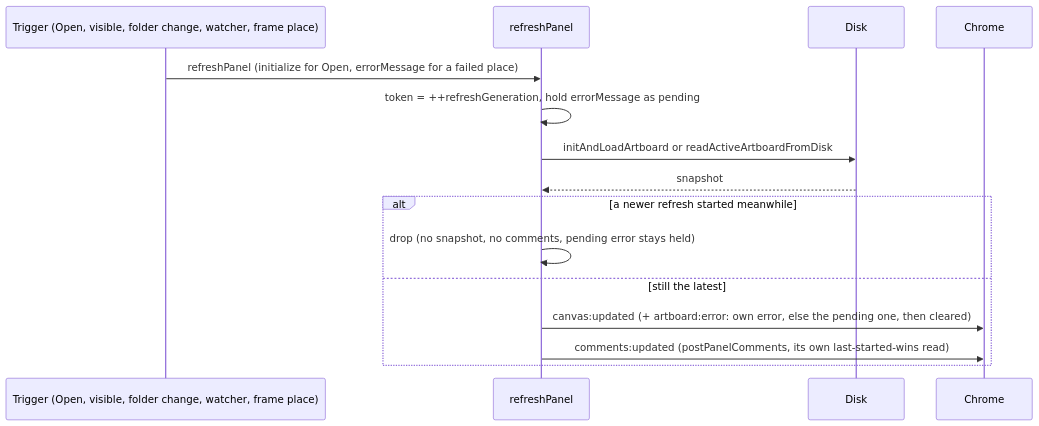
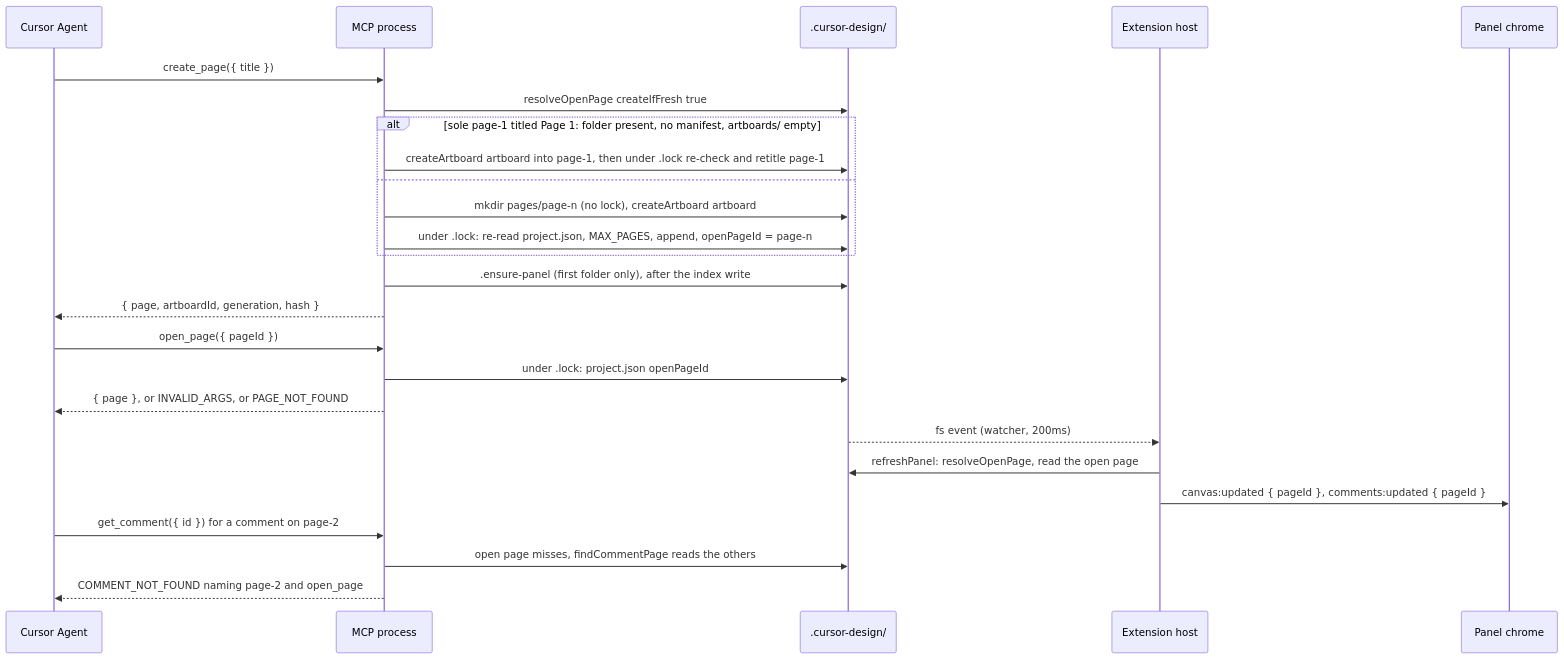
One commit to MarekBombera/cursor-design-extension changed the diagram in blueprint/context/current-feature-overview.md. Above: the diagram before and after it, drawn with Mermaid. The commit also changed other lines of this file and 39 other files, not shown here.

Commit message:
feat: page ops + MCP tools (10c)

````diff
--- a/blueprint/context/current-feature-overview.md
+++ b/blueprint/context/current-feature-overview.md
@@ -16,17 +26,27 @@
 ```mermaid
 sequenceDiagram
-  participant T as Trigger (Open, visible, folder change, watcher, frame place)
-  participant R as refreshPanel
-  participant D as Disk
-  participant C as Chrome
-  T->>R: refreshPanel (initialize for Open, errorMessage for a failed place)
-  R->>R: token = ++refreshGeneration, hold errorMessage as pending
-  R->>D: initAndLoadArtboard or readActiveArtboardFromDisk
-  D-->>R: snapshot
-  alt a newer refresh started meanwhile
-    R->>R: drop (no snapshot, no comments, pending error stays held)
-  else still the latest
-    R->>C: canvas:updated (+ artboard:error: own error, else the pending one, then cleared)
-    R->>C: comments:updated (postPanelComments, its own last-started-wins read)
+  participant A as Cursor Agent
+  participant M as MCP process
+  participant D as .cursor-design/
+  participant H as Extension host
+  participant C as Panel chrome
+  A->>M: create_page({ title })
+  M->>D: resolveOpenPage createIfFresh true
+  alt sole page-1 titled Page 1: folder present, no manifest, artboards/ empty
+    M->>D: createArtboard artboard into page-1, then under .lock re-check and retitle page-1
+  else
+    M->>D: mkdir pages/page-n (no lock), createArtboard artboard
+    M->>D: under .lock: re-read project.json, MAX_PAGES, append, openPageId = page-n
   end
+  M->>D: .ensure-panel (first folder only), after the index write
+  M-->>A: { page, artboardId, generation, hash }
+  A->>M: open_page({ pageId })
+  M->>D: under .lock: project.json openPageId
+  M-->>A: { page }, or INVALID_ARGS, or PAGE_NOT_FOUND
+  D-->>H: fs event (watcher, 200ms)
+  H->>D: refreshPanel: resolveOpenPage, read the open page
+  H->>C: canvas:updated { pageId }, comments:updated { pageId }
+  A->>M: get_comment({ id }) for a comment on page-2
+  M->>D: open page misses, findCommentPage reads the others
+  M-->>A: COMMENT_NOT_FOUND naming page-2 and open_page
 ```
````
